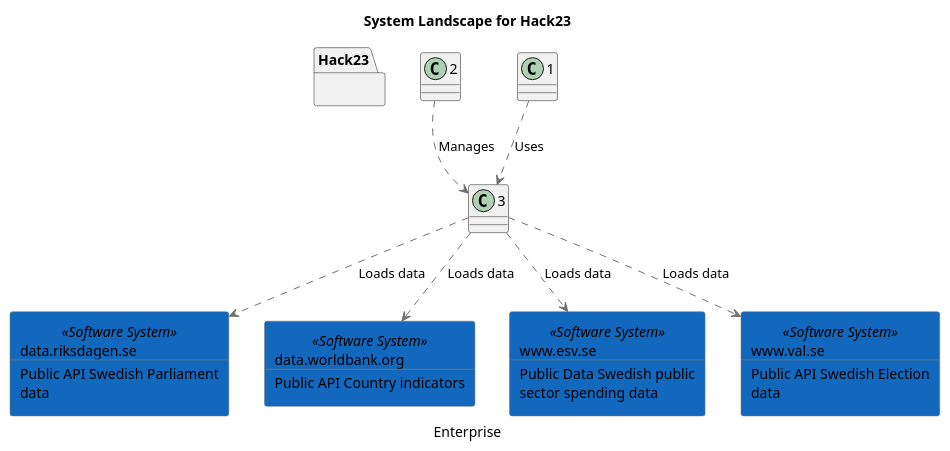
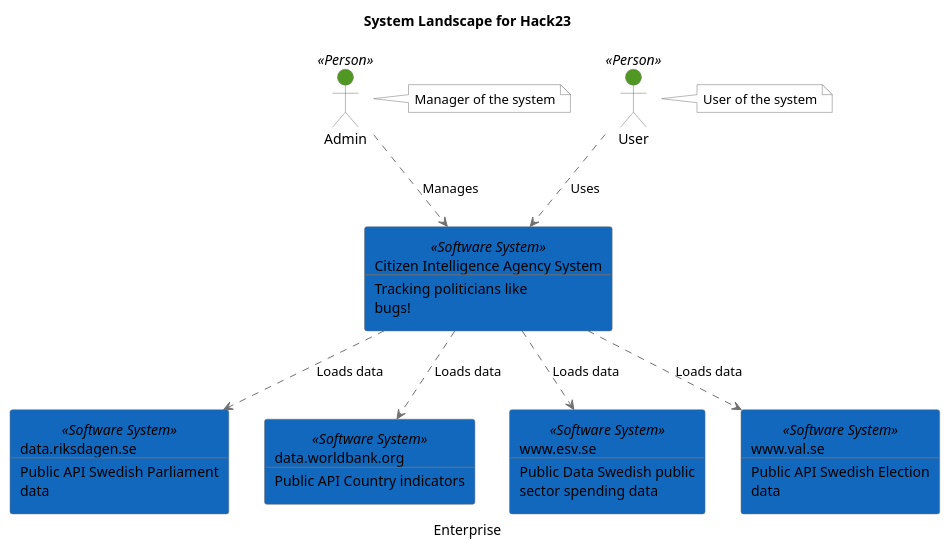
One commit to Hack23/cia changed the diagram in architecture/Enterprise-Context-for-Hack23.pu. Above: the diagram before and after it, drawn with PlantUML. The commit also changed 4227 other files, not shown here.

```diff
--- a/architecture/Enterprise-Context-for-Hack23.pu
+++ b/architecture/Enterprise-Context-for-Hack23.pu
@@ -1,46 +1,58 @@
 @startuml(id="Enterprise")
 scale max 16384x16384
 title System Landscape for Hack23
 caption "Enterprise"
 
 skinparam {
   shadowing false
   arrowColor #707070
   actorBorderColor #707070
   componentBorderColor #707070
   rectangleBorderColor #707070
   noteBackgroundColor #ffffff
   noteBorderColor #707070
 }
+actor "Admin" <<Person>> as 2 #519823
+note right of 2
+  Manager of the system
+end note
+actor "User" <<Person>> as 1 #519823
+note right of 1
+  User of the system
+end note
+rectangle 3 <<Software System>> #1168bd [
+  Citizen Intelligence Agency System
+  --
+  Tracking politicians like
+  bugs!
+]
 rectangle 4 <<Software System>> #1168bd [
   data.riksdagen.se
   --
   Public API Swedish Parliament
   data
 ]
 rectangle 5 <<Software System>> #1168bd [
   data.worldbank.org
   --
   Public API Country indicators
 ]
 rectangle 7 <<Software System>> #1168bd [
   www.esv.se
   --
   Public Data Swedish public
   sector spending data
 ]
 rectangle 6 <<Software System>> #1168bd [
   www.val.se
   --
   Public API Swedish Election
   data
 ]
-package "Hack23" {
-}
 2 .[#707070].> 3 : Manages
 3 .[#707070].> 4 : Loads data
 3 .[#707070].> 5 : Loads data
 3 .[#707070].> 7 : Loads data
 3 .[#707070].> 6 : Loads data
 1 .[#707070].> 3 : Uses
 @enduml
```
